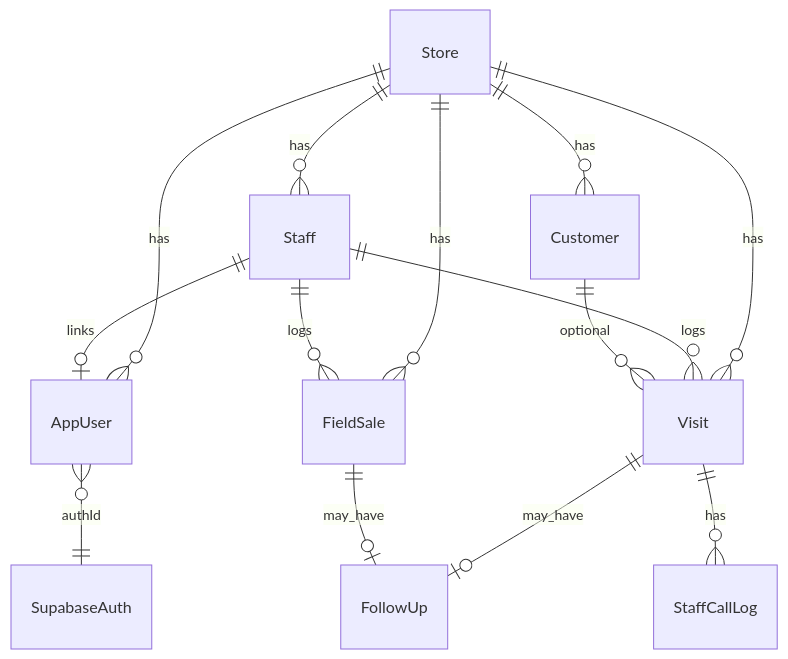
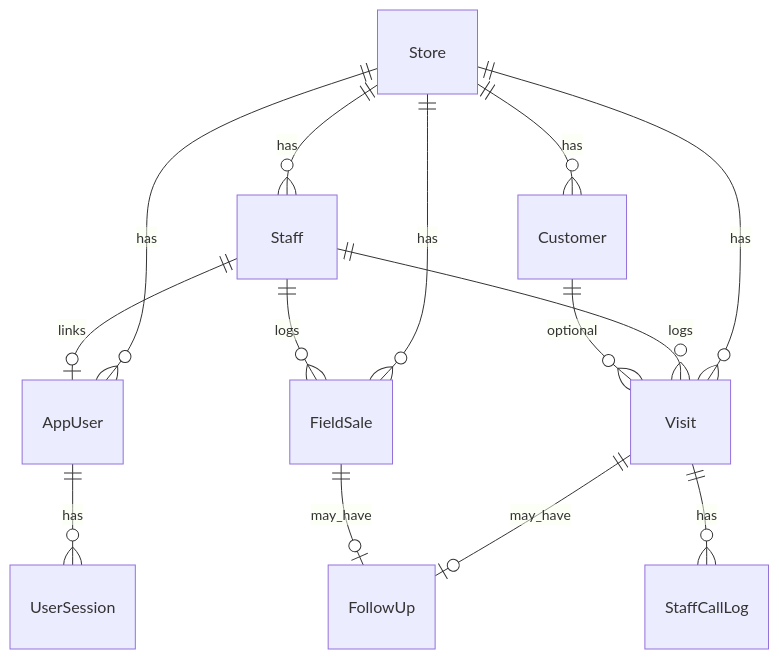
The second of 3 diagrams in ARCHITECTURE_GUIDE.md (personale88/Project-Fineset), drawn with Mermaid before and after one commit. The commit also changed other lines of this file and 110 other files, not shown here.

````diff
--- a/ARCHITECTURE_GUIDE.md
+++ b/ARCHITECTURE_GUIDE.md
@@ -141,16 +140,16 @@
 ```mermaid
 erDiagram
   Store ||--o{ Staff : has
   Store ||--o{ AppUser : has
   Store ||--o{ Customer : has
   Store ||--o{ Visit : has
   Store ||--o{ FieldSale : has
   Staff ||--o| AppUser : links
   Staff ||--o{ Visit : logs
   Staff ||--o{ FieldSale : logs
   Customer ||--o{ Visit : optional
   Visit ||--o| FollowUp : may_have
   FieldSale ||--o| FollowUp : may_have
   Visit ||--o{ StaffCallLog : has
-  AppUser }o--|| SupabaseAuth : authId
+  AppUser ||--o{ UserSession : has
 ```
````
